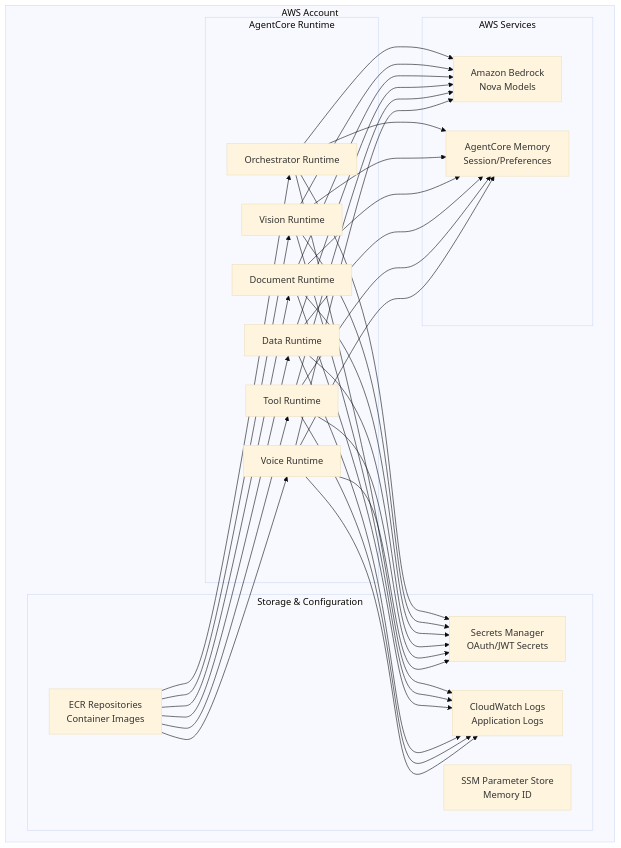
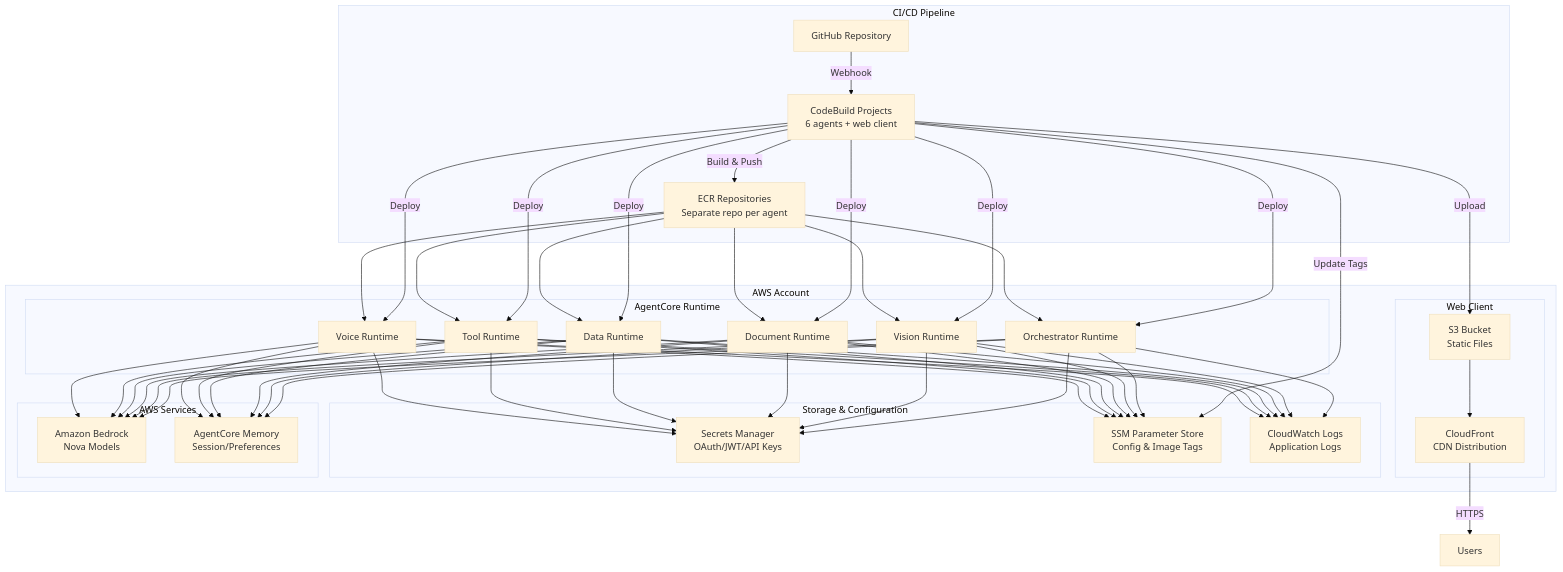
The eighth of 9 diagrams in README.md (CloudTypes/agentcore-scaffold), drawn with Mermaid (base theme) before and after one commit. The commit also changed other lines of this file and 25 other files, not shown here.

````diff
--- a/README.md
+++ b/README.md
@@ -706,5 +732,11 @@
 ```mermaid
 graph TB
+    subgraph "CI/CD Pipeline"
+        GitHub[GitHub Repository]
+        CodeBuild[CodeBuild Projects<br/>6 agents + web client]
+        ECR[ECR Repositories<br/>Separate repo per agent]
+    end
+    
     subgraph "AWS Account"
         subgraph "AgentCore Runtime"
             OrchestratorRT[Orchestrator Runtime]
@@ -715,10 +747,14 @@
             VoiceRT[Voice Runtime]
         end
         
+        subgraph "Web Client"
+            S3[S3 Bucket<br/>Static Files]
+            CloudFront[CloudFront<br/>CDN Distribution]
+        end
+        
         subgraph "Storage & Configuration"
-            ECR[ECR Repositories<br/>Container Images]
-            Secrets[Secrets Manager<br/>OAuth/JWT Secrets]
-            SSM[SSM Parameter Store<br/>Memory ID]
+            Secrets[Secrets Manager<br/>OAuth/JWT/API Keys]
+            SSM[SSM Parameter Store<br/>Config & Image Tags]
             CloudWatch[CloudWatch Logs<br/>Application Logs]
         end
         
@@ -727,6 +763,27 @@
             Memory[AgentCore Memory<br/>Session/Preferences]
         end
     end
+    
+    GitHub -->|Webhook| CodeBuild
+    CodeBuild -->|Build & Push| ECR
+    CodeBuild -->|Update Tags| SSM
+    CodeBuild -->|Deploy| OrchestratorRT
+    CodeBuild -->|Deploy| VisionRT
+    CodeBuild -->|Deploy| DocumentRT
+    CodeBuild -->|Deploy| DataRT
+    CodeBuild -->|Deploy| ToolRT
+    CodeBuild -->|Deploy| VoiceRT
+    CodeBuild -->|Upload| S3
+    
+    ECR --> OrchestratorRT
+    ECR --> VisionRT
+    ECR --> DocumentRT
+    ECR --> DataRT
+    ECR --> ToolRT
+    ECR --> VoiceRT
+    
+    S3 --> CloudFront
+    CloudFront -->|HTTPS| Users[Users]
     
     OrchestratorRT --> Bedrock
     VisionRT --> Bedrock
@@ -749,17 +806,17 @@
     ToolRT --> Secrets
     VoiceRT --> Secrets
     
+    OrchestratorRT --> SSM
+    VisionRT --> SSM
+    DocumentRT --> SSM
+    DataRT --> SSM
+    ToolRT --> SSM
+    VoiceRT --> SSM
+    
     OrchestratorRT --> CloudWatch
     VisionRT --> CloudWatch
     DocumentRT --> CloudWatch
     DataRT --> CloudWatch
     ToolRT --> CloudWatch
     VoiceRT --> CloudWatch
-    
-    ECR --> OrchestratorRT
-    ECR --> VisionRT
-    ECR --> DocumentRT
-    ECR --> DataRT
-    ECR --> ToolRT
-    ECR --> VoiceRT
 ```
````
